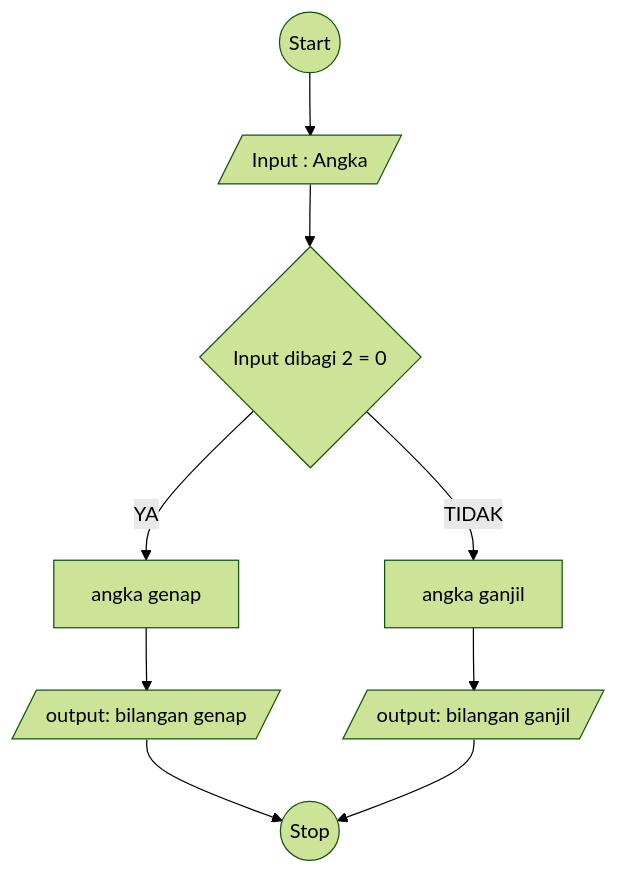
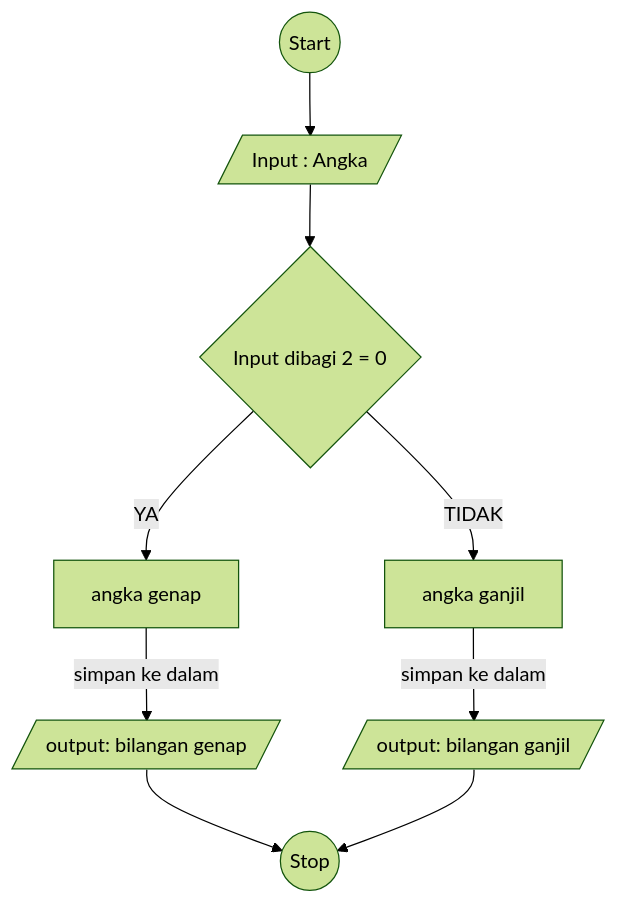
Before and after one commit to makarim22/koda-b6-algoritma: the diagram in flowchart-ganjil-genap.md, drawn with Mermaid (forest theme).

````diff
--- a/flowchart-ganjil-genap.md
+++ b/flowchart-ganjil-genap.md
@@ -4,25 +4,25 @@
 ```mermaid
 flowchart TD
     A@{ shape: circle, label: "Start" } -->C
 
     C@{ shape: lean-r, label: "Input : Angka" } --> E
 
     E@{ shape: diamond, label: "Input dibagi 2 = 0" } 
 
     E -- YA --> G
 
     E -- TIDAK --> F
 
-    G@{ shape: rect, label: "angka genap" } --> H
+    G@{ shape: rect, label: "angka genap" } -->|simpan ke dalam| H
 
-    F@{ shape: rect, label: "angka ganjil" } --> I
+    F@{ shape: rect, label: "angka ganjil" } -->|simpan ke dalam| I
 
     H@{ shape: lean-r, label: "output: bilangan genap"} --> B
 
     I@{ shape: lean-r, label: "output: bilangan ganjil"} --> B
 
 
 
     B@{ shape: circle, label: "Stop" }
 
 ```
````
